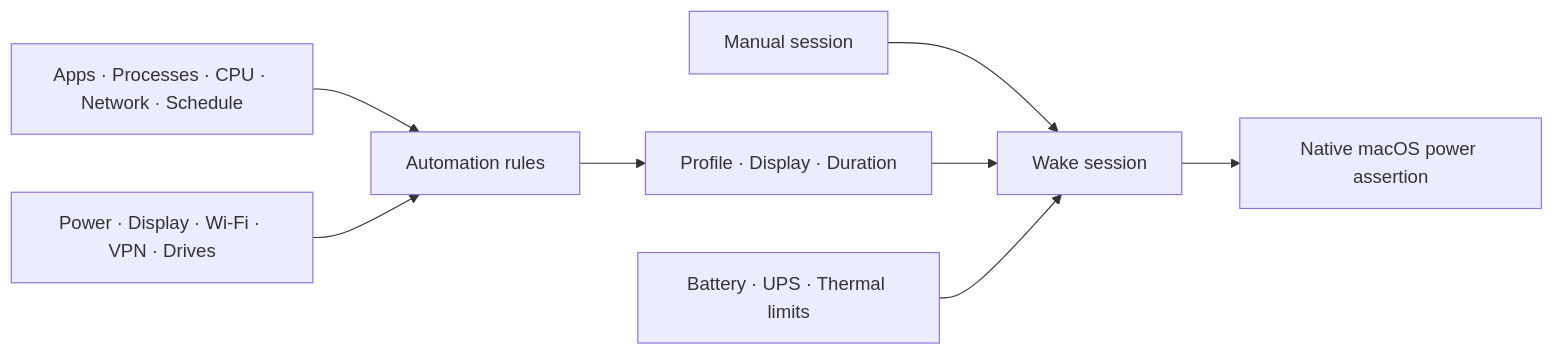
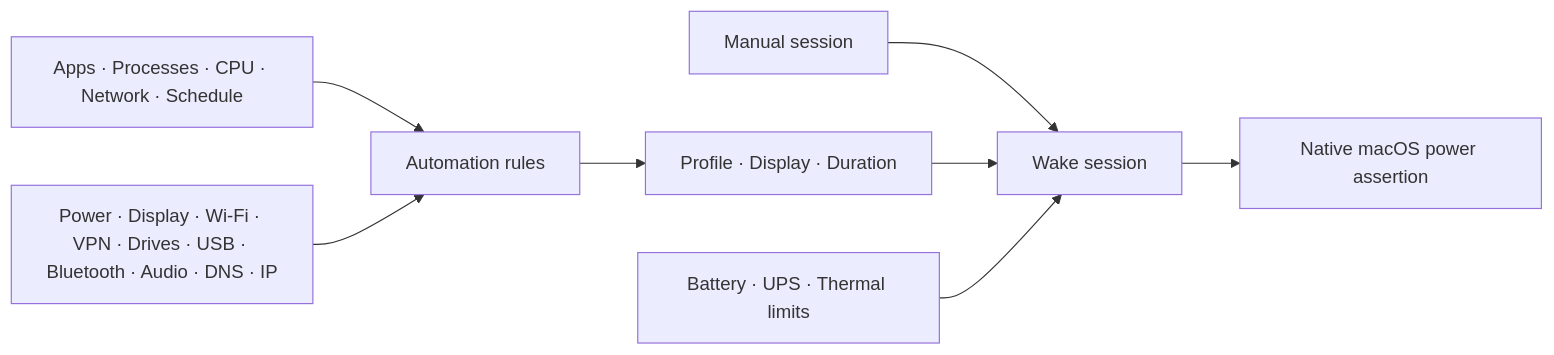
One commit to ninjaBlume/awakepilot changed the diagram in README.md. Above: the diagram before and after it, drawn with Mermaid. The commit also changed other lines of this file and 13 other files, not shown here.

````diff
--- a/README.md
+++ b/README.md
@@ -107,10 +108,10 @@
 ```mermaid
 flowchart LR
     Signals[Apps · Processes · CPU · Network · Schedule] --> Rules[Automation rules]
-    Context[Power · Display · Wi-Fi · VPN · Drives] --> Rules
+    Context[Power · Display · Wi-Fi · VPN · Drives · USB · Bluetooth · Audio · DNS · IP] --> Rules
     Rules --> Policy[Profile · Display · Duration]
     Manual[Manual session] --> Session[Wake session]
     Policy --> Session
     Safety[Battery · UPS · Thermal limits] --> Session
     Session --> macOS[Native macOS power assertion]
 ```
````
